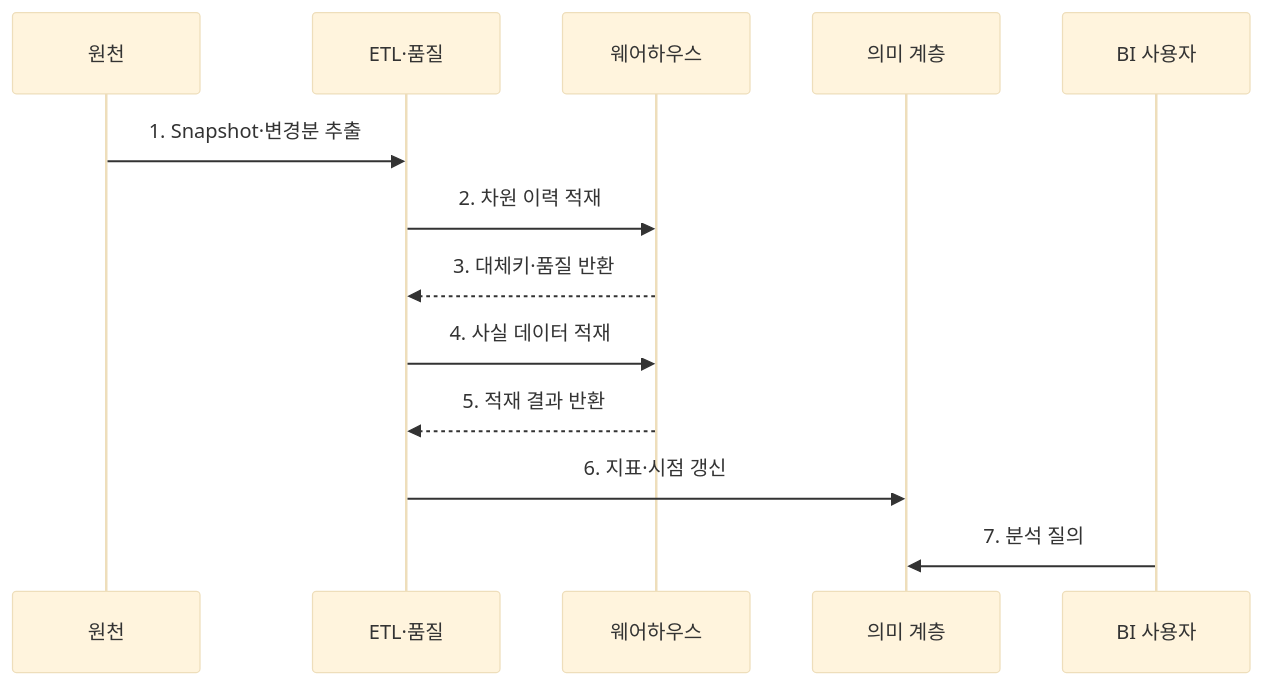
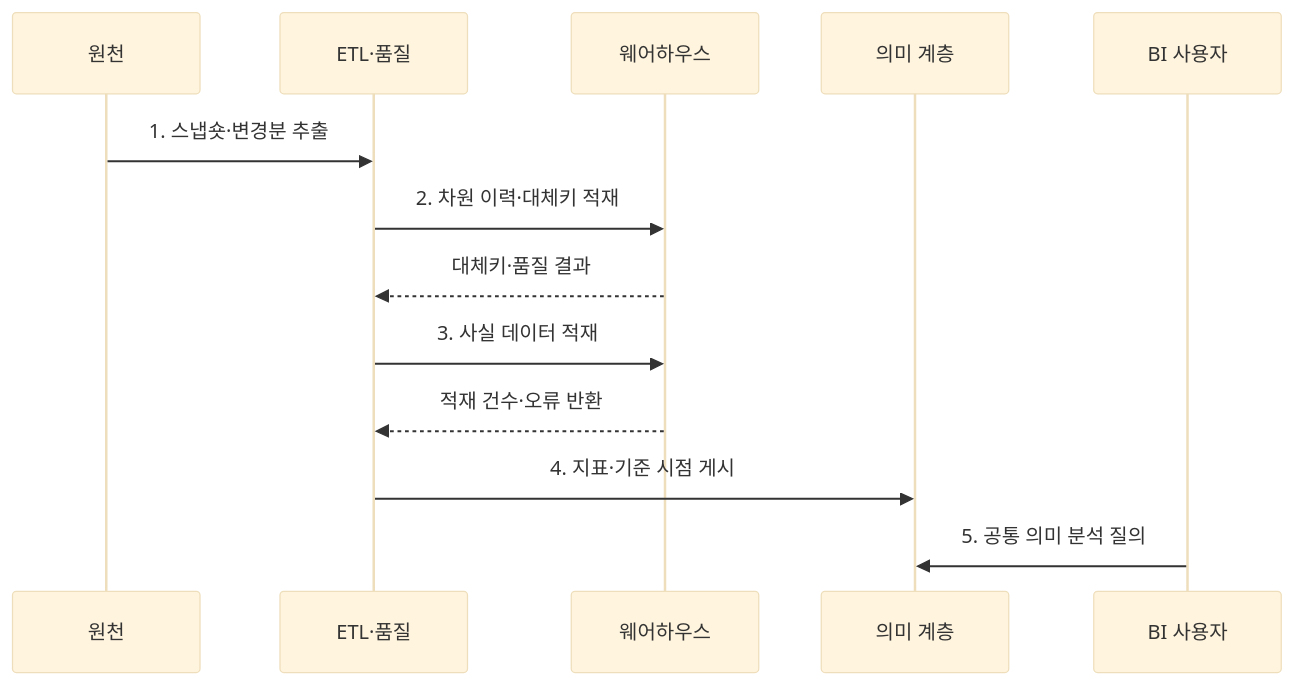
One commit to agnusdei1207/knowledge-base changed the second of 2 diagrams in src/content/docs/notes/03-software/124_data_warehouse.md. Above: the diagram before and after it, drawn with Mermaid (base theme). The commit also changed other lines of this file and 238 other files, not shown here.

````diff
--- a/src/content/docs/notes/03-software/124_data_warehouse.md
+++ b/src/content/docs/notes/03-software/124_data_warehouse.md
@@ -81,15 +81,15 @@
 ```mermaid
 sequenceDiagram
     participant S as 원천
     participant E as ETL·품질
     participant W as 웨어하우스
     participant M as 의미 계층
     participant B as BI 사용자
-    S->>E: 1. Snapshot·변경분 추출
-    E->>W: 2. 차원 이력 적재
-    W-->>E: 3. 대체키·품질 반환
-    E->>W: 4. 사실 데이터 적재
-    W-->>E: 5. 적재 결과 반환
-    E->>M: 6. 지표·시점 갱신
-    B->>M: 7. 분석 질의
+    S->>E: 1. 스냅숏·변경분 추출
+    E->>W: 2. 차원 이력·대체키 적재
+    W-->>E: 대체키·품질 결과
+    E->>W: 3. 사실 데이터 적재
+    W-->>E: 적재 건수·오류 반환
+    E->>M: 4. 지표·기준 시점 게시
+    B->>M: 5. 공통 의미 분석 질의
 ```
````
